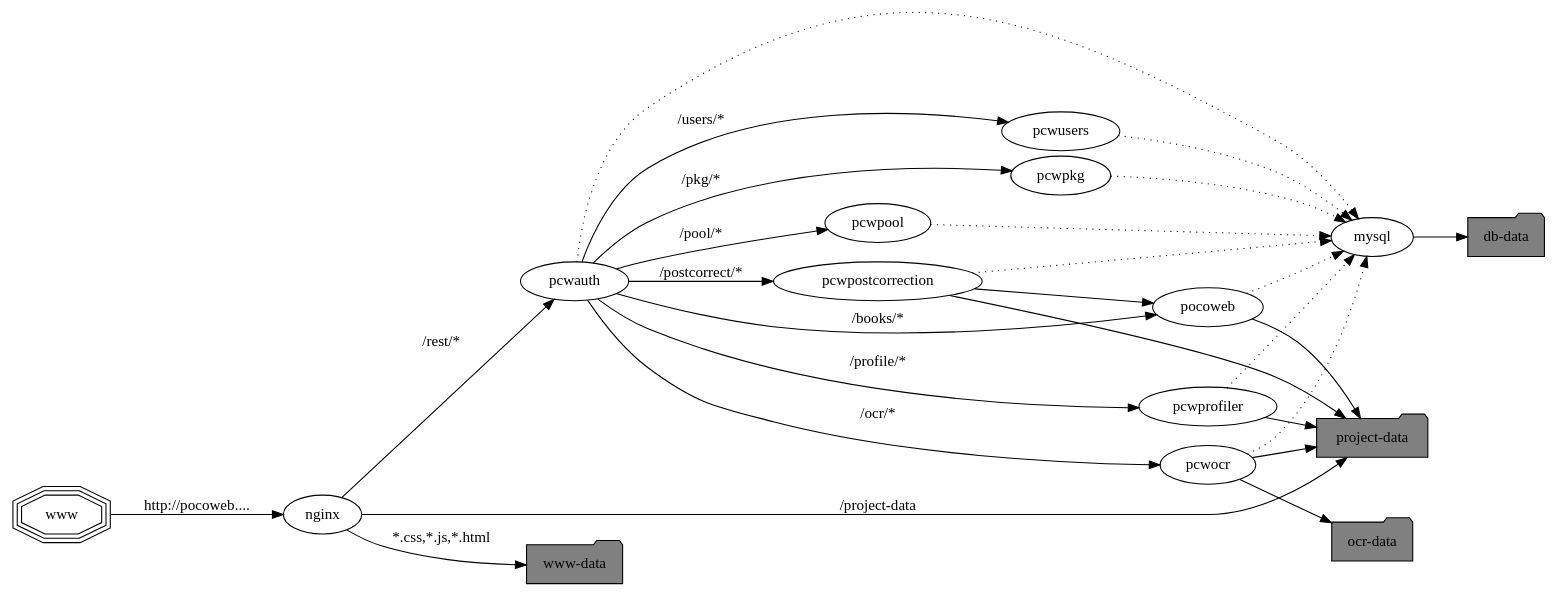
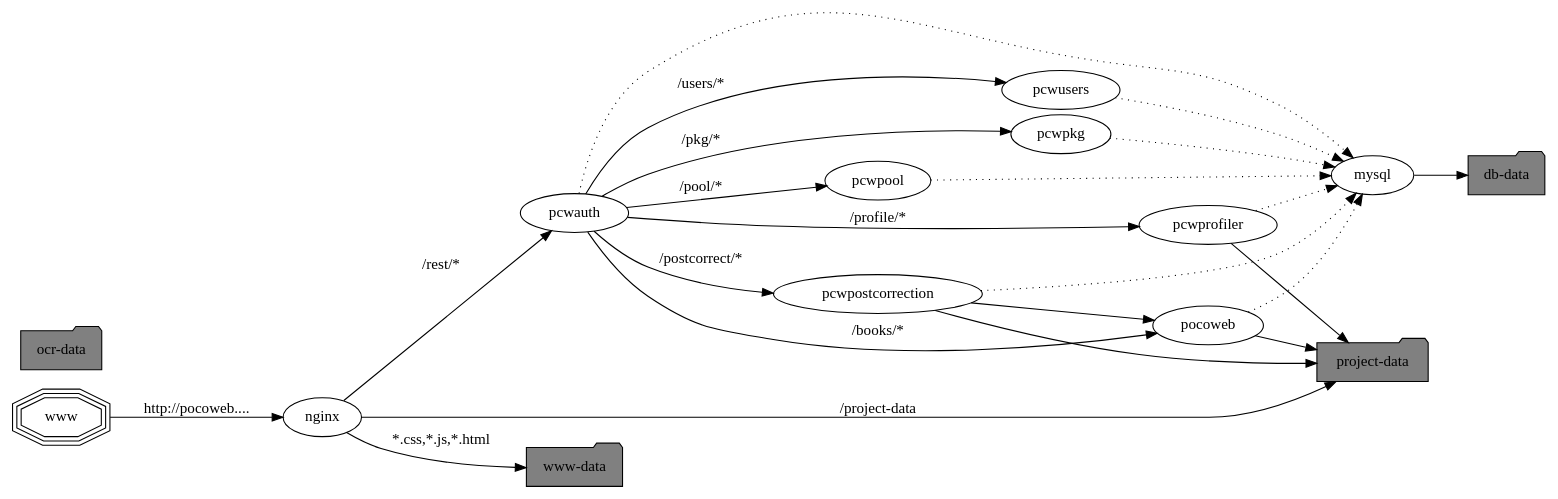
The diagram in frontend/public_html/assets/images/doc/overview.dot (cisocrgroup/pocoweb), drawn with Graphviz before and after one commit. The commit also changed 3 other files, not shown here.

```diff
--- a/frontend/public_html/assets/images/doc/overview.dot
+++ b/frontend/public_html/assets/images/doc/overview.dot
@@ -1,45 +1,40 @@
 digraph ov {
  rankdir=LR;
  www [shape=tripleoctagon]
  nginx
  pocoweb
  mysql
  pcwauth
  pcwusers
  pcwprofiler
  pcwpostcorrection
- pcwocr
  pcwpkg
  pcwpool
  wwwd [label="www-data" shape=folder fillcolor=gray style=filled]
  projectd [label="project-data" shape=folder fillcolor=gray style=filled]
  ocrd [label="ocr-data" shape=folder fillcolor=gray style=filled]
  dbd [label="db-data" shape=folder fillcolor=gray style=filled]
 
  www -> nginx [label="http://pocoweb...."]
  nginx -> pcwauth [label="/rest/*"]
  nginx -> projectd [label="/project-data"]
  nginx -> wwwd [label="*.css,*.js,*.html"]
  pocoweb -> mysql [style=dotted]
  pocoweb -> projectd
  pcwauth -> pocoweb [label="/books/*"]
  pcwauth -> pcwusers [label="/users/*"]
- pcwauth -> pcwocr [label="/ocr/*"]
  pcwauth -> pcwprofiler [label="/profile/*"]
  pcwauth -> pcwpostcorrection [label="/postcorrect/*"]
  pcwauth -> pcwpkg [label="/pkg/*"]
  pcwauth -> pcwpool [label="/pool/*"]
  pcwauth -> mysql [style=dotted]
  pcwprofiler -> projectd
  pcwprofiler -> mysql [style=dotted]
  pcwpostcorrection -> projectd
  pcwpostcorrection -> pocoweb
  pcwpostcorrection -> mysql [style=dotted]
- pcwocr -> projectd
- pcwocr -> mysql [style=dotted]
- pcwocr -> ocrd
  pcwusers -> mysql [style=dotted]
  mysql -> dbd
  pcwpkg -> mysql [style=dotted]
  pcwpool -> mysql [style=dotted]
 }
```
